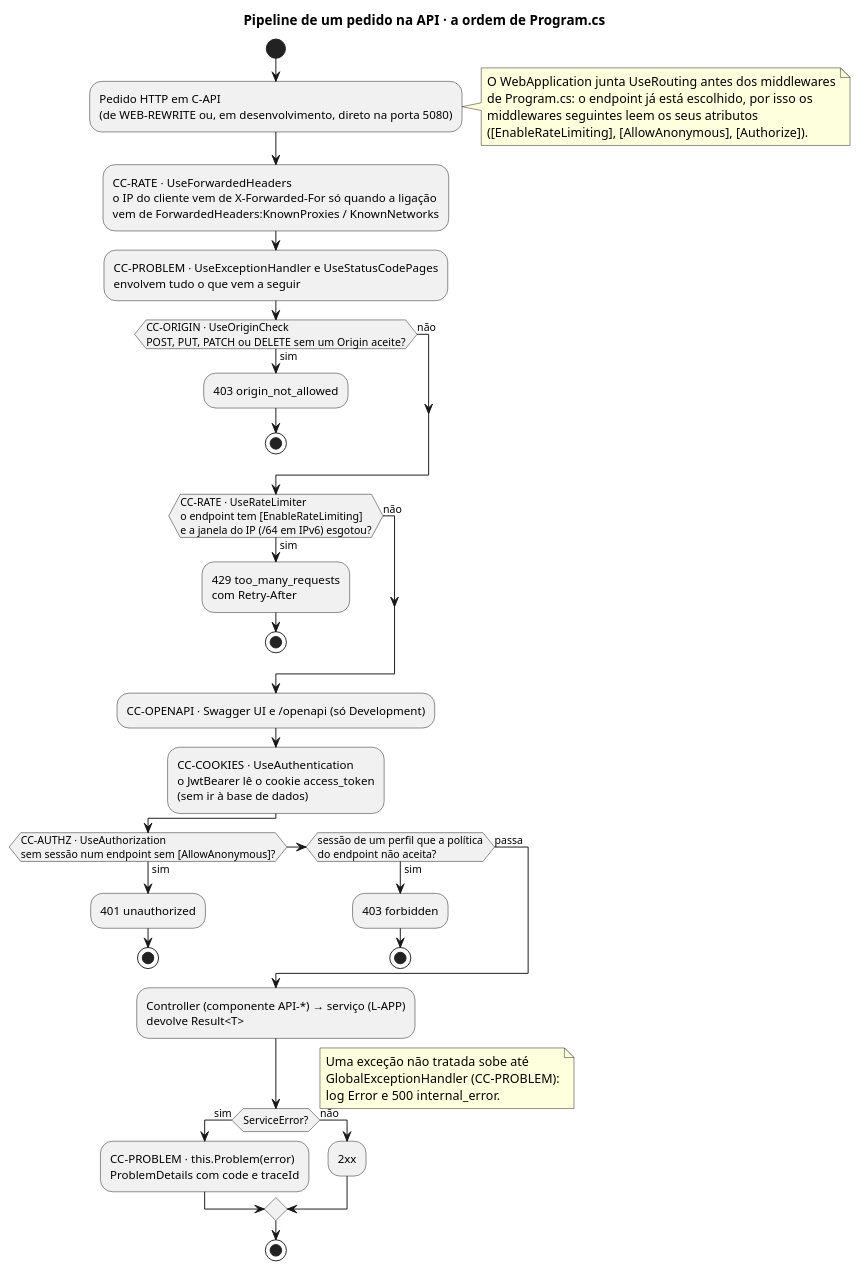
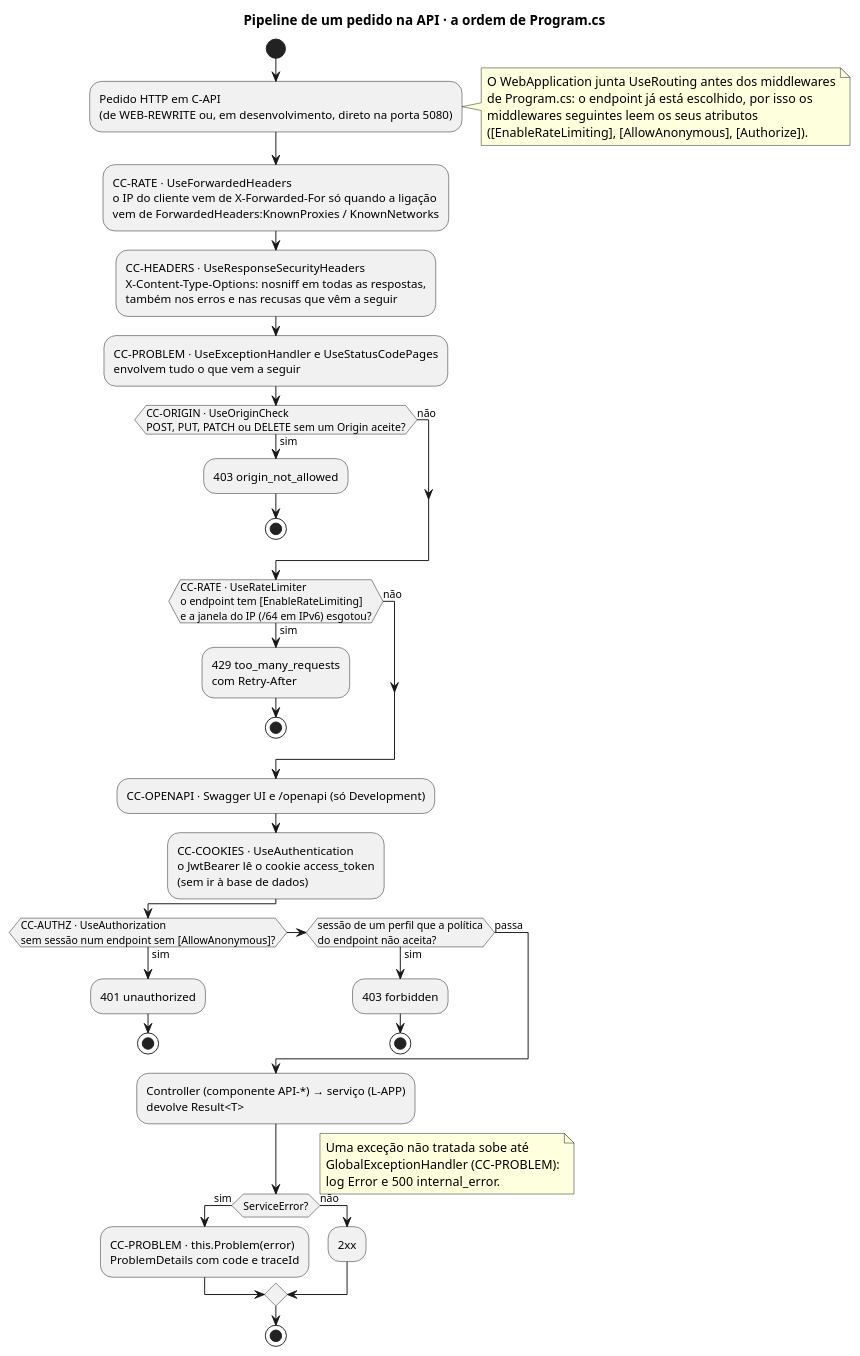
Before and after one commit to rodrigo4sousa/SportsEstablishments: the diagram in docs/architecture/diagrams/04-process-pipeline.puml, drawn with PlantUML. The commit also changed 27 other files, not shown here.

```diff
--- a/docs/architecture/diagrams/04-process-pipeline.puml
+++ b/docs/architecture/diagrams/04-process-pipeline.puml
@@ -2,61 +2,64 @@
 @startuml 04-process-pipeline
 
 title Pipeline de um pedido na API · a ordem de Program.cs
 
 start
 :Pedido HTTP em C-API
 (de WEB-REWRITE ou, em desenvolvimento, direto na porta 5080);
 note right
   O WebApplication junta UseRouting antes dos middlewares
   de Program.cs: o endpoint já está escolhido, por isso os
   middlewares seguintes leem os seus atributos
   ([EnableRateLimiting], [AllowAnonymous], [Authorize]).
 end note
 :CC-RATE · UseForwardedHeaders
 o IP do cliente vem de X-Forwarded-For só quando a ligação
 vem de ForwardedHeaders:KnownProxies / KnownNetworks;
+:CC-HEADERS · UseResponseSecurityHeaders
+X-Content-Type-Options: nosniff em todas as respostas,
+também nos erros e nas recusas que vêm a seguir;
 :CC-PROBLEM · UseExceptionHandler e UseStatusCodePages
 envolvem tudo o que vem a seguir;
 if (CC-ORIGIN · UseOriginCheck
 POST, PUT, PATCH ou DELETE sem um Origin aceite?) then (sim)
   :403 origin_not_allowed;
   stop
 else (não)
 endif
 if (CC-RATE · UseRateLimiter
 o endpoint tem [EnableRateLimiting]
 e a janela do IP (/64 em IPv6) esgotou?) then (sim)
   :429 too_many_requests
   com Retry-After;
   stop
 else (não)
 endif
 :CC-OPENAPI · Swagger UI e /openapi (só Development);
 :CC-COOKIES · UseAuthentication
 o JwtBearer lê o cookie access_token
 (sem ir à base de dados);
 if (CC-AUTHZ · UseAuthorization
 sem sessão num endpoint sem [AllowAnonymous]?) then (sim)
   :401 unauthorized;
   stop
 elseif (sessão de um perfil que a política
 do endpoint não aceita?) then (sim)
   :403 forbidden;
   stop
 else (passa)
 endif
 :Controller (componente API-*) → serviço (L-APP)
 devolve Result<T>;
 if (ServiceError?) then (sim)
   :CC-PROBLEM · this.Problem(error)
   ProblemDetails com code e traceId;
 else (não)
   :2xx;
 endif
 note right
   Uma exceção não tratada sobe até
   GlobalExceptionHandler (CC-PROBLEM):
   log Error e 500 internal_error.
 end note
 stop
 @enduml
```
